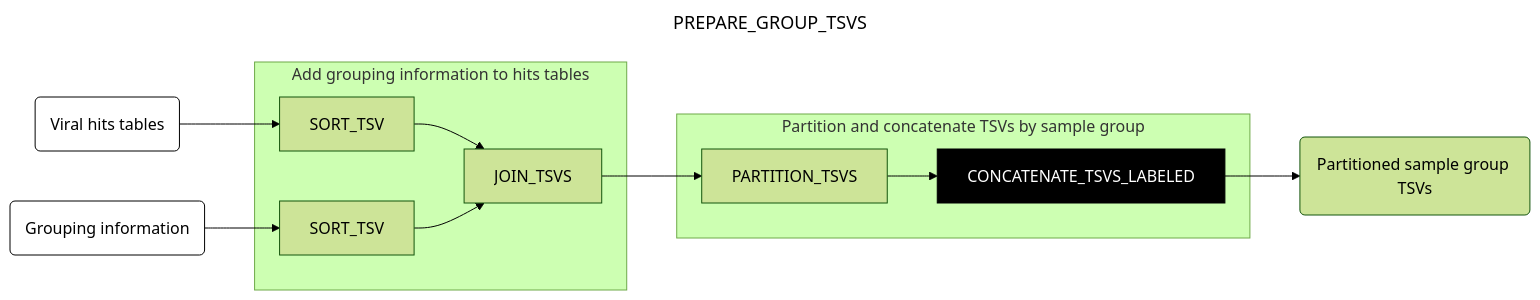
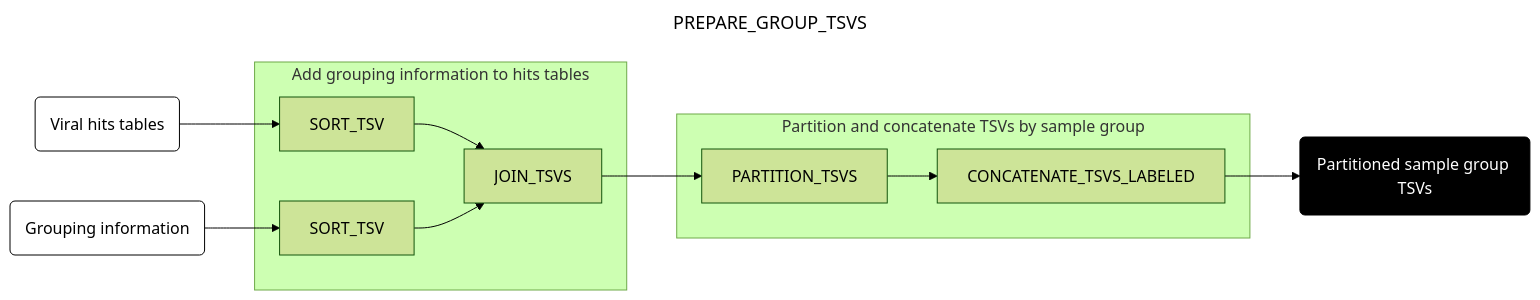
Before and after one commit to naobservatory/mgs-workflow: the second of 3 diagrams in docs/downstream.md, drawn with Mermaid (forest theme). The commit also changed other lines of this file and 2 other files, not shown here.

````diff
--- a/docs/downstream.md
+++ b/docs/downstream.md
@@ -39,26 +39,26 @@
 ```mermaid
 ---
 title: PREPARE_GROUP_TSVS
 config:
   layout: horizontal
 ---
 flowchart LR
 A(Viral hits tables) --> B[SORT_TSV]
 C(Grouping information) --> D[SORT_TSV]
 B & D --> E[JOIN_TSVS]
 E --> F[PARTITION_TSVS]
 F --> G[CONCATENATE_TSVS_LABELED]
 G --> H(Partitioned sample group TSVs)
-subgraph "Add grouping information to hits tables"
+subgraph X [Add grouping information to hits tables]
 B
 D
 E
 end
-subgraph "Partition and concatenate TSVs by sample group"
+subgraph Y [Partition and concatenate TSVs by sample group]
 F
 G
 end
 style A fill:#fff,stroke:#000
 style C fill:#fff,stroke:#000
-style G fill:#000,color:#fff,stroke:#000
+style H fill:#000,color:#fff,stroke:#000
 ```
````
